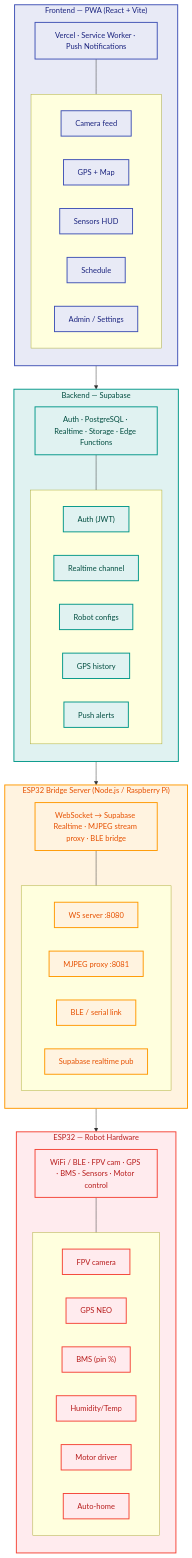
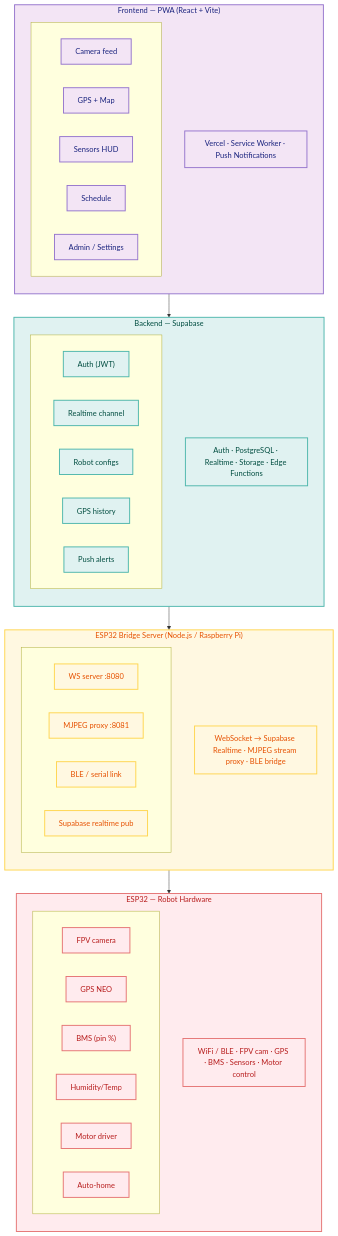
Before and after one commit to emyeukhoahocfpt-a1009/green-urban-robot: the first of 2 diagrams in README.md, drawn with Mermaid. The commit also changed other lines of this file and 2 other files, not shown here.

Commit message:
Update configurations with UID and instructions

````diff
--- a/README.md
+++ b/README.md
@@ -32,73 +32,68 @@
 ```mermaid
 graph TD
-    %% Global styles
-    classDef frontend fill:#e8eaf6,stroke:#3f51b5,stroke-width:2px,color:#1a237e;
-    classDef backend fill:#e0f2f1,stroke:#009688,stroke-width:2px,color:#004d40;
-    classDef bridge fill:#fff3e0,stroke:#ff9800,stroke-width:2px,color:#e65100;
-    classDef hardware fill:#ffebee,stroke:#f44336,stroke-width:2px,color:#b71c1c;
+    classDef frontend fill:#f3e5f5,stroke:#9575cd,stroke-width:2px,color:#1a237e;
+    classDef backend fill:#e0f2f1,stroke:#4db6ac,stroke-width:2px,color:#004d40;
+    classDef bridge fill:#fff8e1,stroke:#ffd54f,stroke-width:2px,color:#e65100;
+    classDef hardware fill:#ffebee,stroke:#e57373,stroke-width:2px,color:#b71c1c;
 
-    subgraph Frontend ["Frontend — PWA (React + Vite)"]
+    subgraph FE ["Frontend — PWA (React + Vite)"]
         direction TB
-        PWA["Vercel · Service Worker · Push Notifications"]
-        subgraph F_Comp [" "]
+        FE_DESC["Vercel · Service Worker · Push Notifications"]
+        subgraph FE_C [" "]
             direction LR
-            A1["Camera feed"]
-            A2["GPS + Map"]
-            A3["Sensors HUD"]
-            A4["Schedule"]
-            A5["Admin / Settings"]
+            FE1["Camera feed"]
+            FE2["GPS + Map"]
+            FE3["Sensors HUD"]
+            FE4["Schedule"]
+            FE5["Admin / Settings"]
         end
-        PWA --- F_Comp
     end
 
-    subgraph Backend ["Backend — Supabase"]
+    subgraph BE ["Backend — Supabase"]
         direction TB
-        Supa["Auth · PostgreSQL · Realtime · Storage · Edge Functions"]
-        subgraph B_Comp [" "]
+        BE_DESC["Auth · PostgreSQL · Realtime · Storage · Edge Functions"]
+        subgraph BE_C [" "]
             direction LR
-            B1["Auth (JWT)"]
-            B2["Realtime channel"]
-            B3["Robot configs"]
-            B4["GPS history"]
-            B5["Push alerts"]
+            BE1["Auth (JWT)"]
+            BE2["Realtime channel"]
+            BE3["Robot configs"]
+            BE4["GPS history"]
+            BE5["Push alerts"]
         end
-        Supa --- B_Comp
     end
 
-    subgraph Bridge ["ESP32 Bridge Server (Node.js / Raspberry Pi)"]
+    subgraph BR ["ESP32 Bridge Server (Node.js / Raspberry Pi)"]
         direction TB
-        Node["WebSocket → Supabase Realtime · MJPEG stream proxy · BLE bridge"]
-        subgraph C_Comp [" "]
+        BR_DESC["WebSocket → Supabase Realtime · MJPEG stream proxy · BLE bridge"]
+        subgraph BR_C [" "]
             direction LR
-            C1["WS server :8080"]
-            C2["MJPEG proxy :8081"]
-            C3["BLE / serial link"]
-            C4["Supabase realtime pub"]
+            BR1["WS server :8080"]
+            BR2["MJPEG proxy :8081"]
+            BR3["BLE / serial link"]
+            BR4["Supabase realtime pub"]
         end
-        Node --- C_Comp
     end
 
-    subgraph Hardware ["ESP32 — Robot Hardware"]
+    subgraph HW ["ESP32 — Robot Hardware"]
         direction TB
-        ESP["WiFi / BLE · FPV cam · GPS · BMS · Sensors · Motor control"]
-        subgraph D_Comp [" "]
+        HW_DESC["WiFi / BLE · FPV cam · GPS · BMS · Sensors · Motor control"]
+        subgraph HW_C [" "]
             direction LR
-            D1["FPV camera"]
-            D2["GPS NEO"]
-            D3["BMS (pin %)"]
-            D4["Humidity/Temp"]
-            D5["Motor driver"]
-            D6["Auto-home"]
+            HW1["FPV camera"]
+            HW2["GPS NEO"]
+            HW3["BMS (pin %)"]
+            HW4["Humidity/Temp"]
+            HW5["Motor driver"]
+            HW6["Auto-home"]
         end
-        ESP --- D_Comp
     end
 
-    Frontend --> Backend
-    Backend --> Bridge
-    Bridge --> Hardware
+    FE --> BE
+    BE --> BR
+    BR --> HW
 
-    class Frontend,PWA,A1,A2,A3,A4,A5 frontend;
-    class Backend,Supa,B1,B2,B3,B4,B5 backend;
-    class Bridge,Node,C1,C2,C3,C4 bridge;
-    class Hardware,ESP,D1,D2,D3,D4,D5,D6 hardware;
+    class FE,FE_DESC,FE1,FE2,FE3,FE4,FE5 frontend;
+    class BE,BE_DESC,BE1,BE2,BE3,BE4,BE5 backend;
+    class BR,BR_DESC,BR1,BR2,BR3,BR4 bridge;
+    class HW,HW_DESC,HW1,HW2,HW3,HW4,HW5,HW6 hardware;
 ```
````
